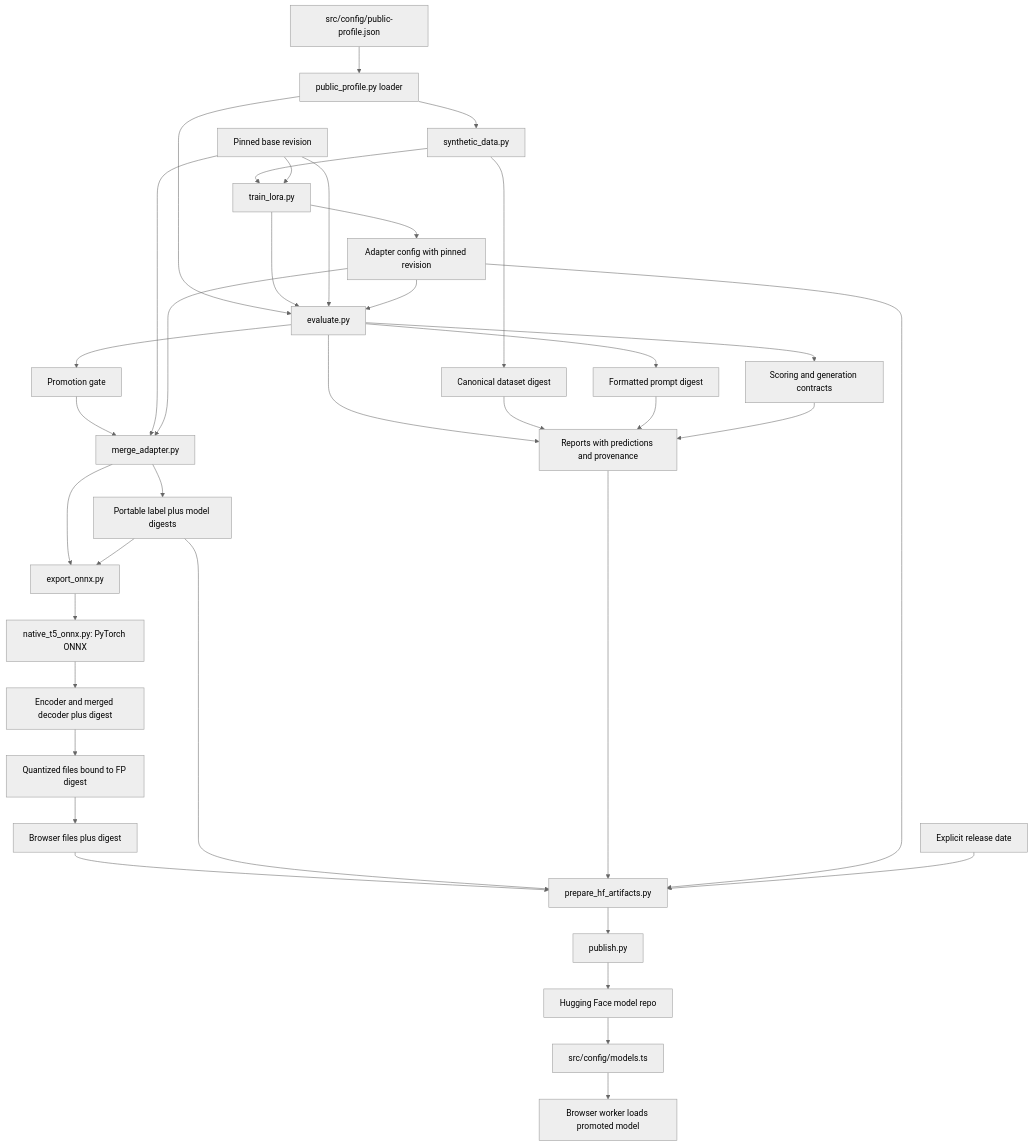
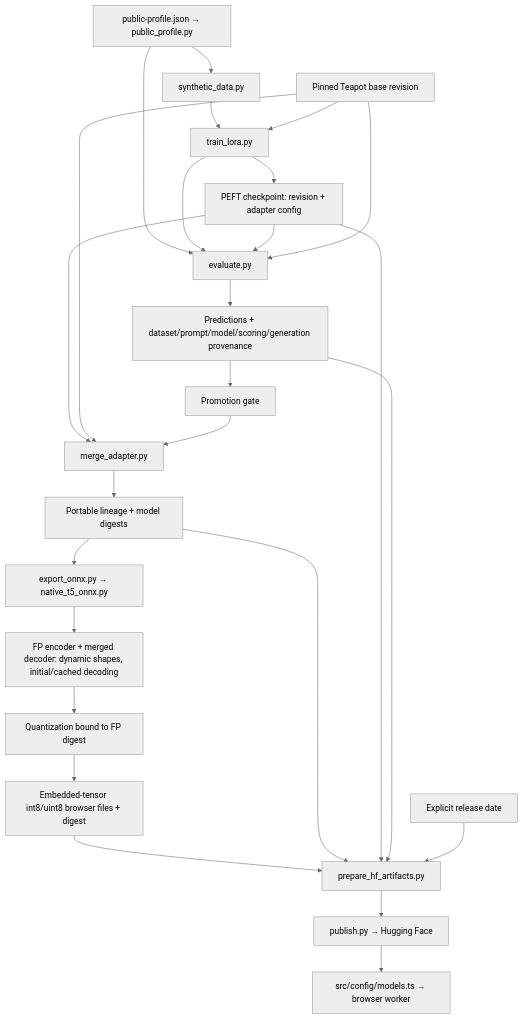
The fourth of 4 diagrams in docs/DIAGRAMS.md (justinthelaw/justinthelaw), drawn with Mermaid (neutral theme) before and after one commit. The commit also changed other lines of this file and 38 other files, not shown here.

````diff
--- a/docs/DIAGRAMS.md
+++ b/docs/DIAGRAMS.md
@@ -121,39 +94,28 @@
 ```mermaid
 flowchart TD
-  facts["src/config/public-profile.json"] --> pyProfile["public_profile.py loader"]
-  pyProfile --> data["synthetic_data.py"]
-  pyProfile --> eval
+  facts["public-profile.json → public_profile.py"] --> data["synthetic_data.py"]
+  facts --> eval["evaluate.py"]
   data --> train["train_lora.py"]
-  train --> eval["evaluate.py"]
-  data --> datasetDigest["Canonical dataset digest"]
-  eval --> promptDigest["Formatted prompt digest"]
-  eval --> scoringDigest["Scoring and generation contracts"]
-  eval --> reports["Reports with predictions and provenance"]
-  datasetDigest --> reports
-  promptDigest --> reports
-  scoringDigest --> reports
-  eval --> gate["Promotion gate"]
-  gate --> merge["merge_adapter.py"]
-  baseRevision["Pinned base revision"] --> train
-  baseRevision --> eval
-  baseRevision --> merge
-  train --> checkpointConfig["Adapter config with pinned revision"]
-  checkpointConfig --> eval
-  checkpointConfig --> merge
-  merge --> lineage["Portable label plus model digests"]
-  merge --> export["export_onnx.py"]
-  lineage --> export
-  export --> native["native_t5_onnx.py: PyTorch ONNX"]
-  native --> fpArtifact["Encoder and merged decoder plus digest"]
-  fpArtifact --> quantized["Quantized files bound to FP digest"]
-  quantized --> browserArtifact["Browser files plus digest"]
-  browserArtifact --> artifacts["prepare_hf_artifacts.py"]
+  train --> eval
+  base["Pinned Teapot base revision"] --> train
+  train --> checkpoint["PEFT checkpoint: revision + adapter config"]
+  checkpoint --> eval
+  checkpoint --> merge["merge_adapter.py"]
+  base --> eval
+  base --> merge
+  eval --> reports["Predictions + dataset/prompt/model/scoring/generation provenance"]
+  reports --> gate["Promotion gate"]
+  gate --> merge
+  merge --> lineage["Portable lineage + model digests"]
+  lineage --> export["export_onnx.py → native_t5_onnx.py"]
+  export --> fp["FP encoder + merged decoder: dynamic shapes, initial/cached decoding"]
+  fp --> quantized["Quantization bound to FP digest"]
+  quantized --> browser["Embedded-tensor int8/uint8 browser files + digest"]
+  browser --> artifacts["prepare_hf_artifacts.py"]
   lineage --> artifacts
+  checkpoint --> artifacts
   reports --> artifacts
-  checkpointConfig --> artifacts
-  releaseDate["Explicit release date"] --> artifacts
-  artifacts --> publish["publish.py"]
-  publish --> hfRepo["Hugging Face model repo"]
-  hfRepo --> modelConfig["src/config/models.ts"]
-  modelConfig --> browser["Browser worker loads promoted model"]
+  date["Explicit release date"] --> artifacts
+  artifacts --> publish["publish.py → Hugging Face"]
+  publish --> app["src/config/models.ts → browser worker"]
 ```
````
